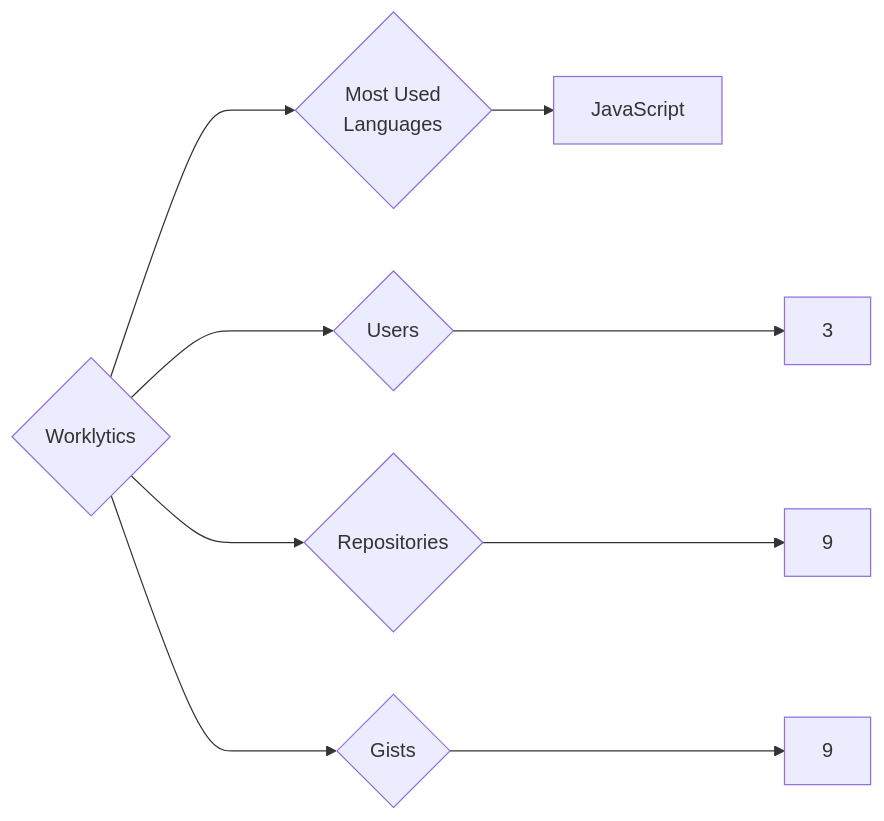
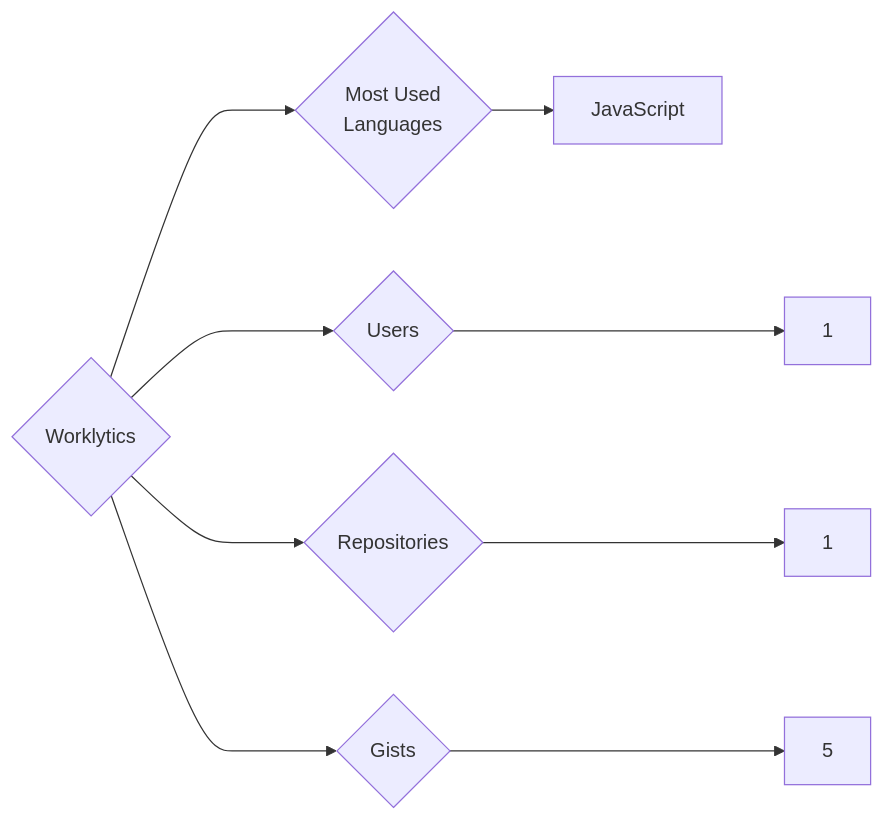
Before and after one commit to trickest/insiders: the diagram in targets/Worklytics/README.md, drawn with Mermaid. The commit also changed 886 other files, not shown here.

````diff
--- a/targets/Worklytics/README.md
+++ b/targets/Worklytics/README.md
@@ -3,9 +3,9 @@
 ```mermaid
 graph LR
 COMPANY_NAME{Worklytics}
-COMPANY_NAME ---> U{Users} ---> UN[3]
-COMPANY_NAME ---> R{Repositories} ---> RN[9]
-COMPANY_NAME ---> G{Gists} ---> GN[9]
+COMPANY_NAME ---> U{Users} ---> UN[1]
+COMPANY_NAME ---> R{Repositories} ---> RN[1]
+COMPANY_NAME ---> G{Gists} ---> GN[5]
 COMPANY_NAME ---> ML{Most Used<br>Languages}
 ML --> JavaScript[JavaScript]
 ```
````
